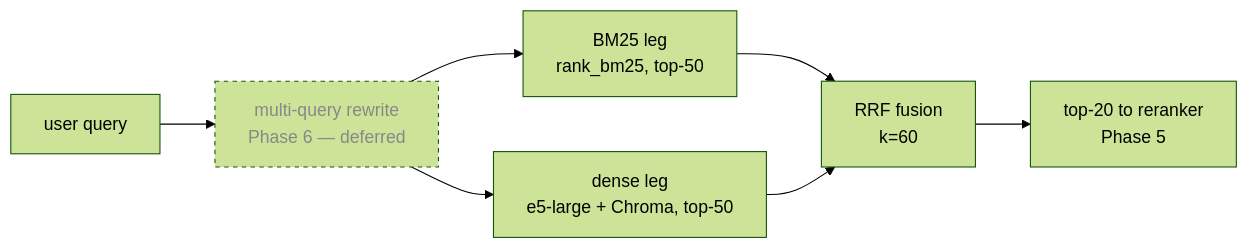
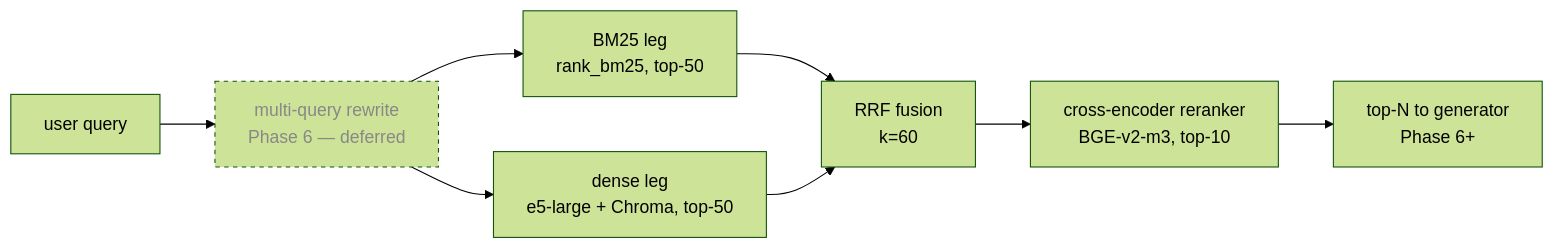
Before and after one commit to psjprajna/UAE-Government-Policy-RAG: the diagram in README.md, drawn with Mermaid (forest theme). The commit also changed other lines of this file, not shown here.

Commit message:
docs(readme): reranker stage in flow + reranked column in comparisons

````diff
--- a/README.md
+++ b/README.md
@@ -177,11 +177,12 @@
 ```mermaid
 flowchart LR
   Q[user query] --> MQ[multi-query rewrite<br/>Phase 6 — deferred]
   MQ --> BM[BM25 leg<br/>rank_bm25, top-50]
   MQ --> DE[dense leg<br/>e5-large + Chroma, top-50]
   BM --> RRF[RRF fusion<br/>k=60]
   DE --> RRF
-  RRF --> OUT[top-20 to reranker<br/>Phase 5]
+  RRF --> RR[cross-encoder reranker<br/>BGE-v2-m3, top-10]
+  RR --> OUT[top-N to generator<br/>Phase 6+]
   classDef deferred stroke-dasharray:4 4,color:#888;
   class MQ deferred;
 ```
````
